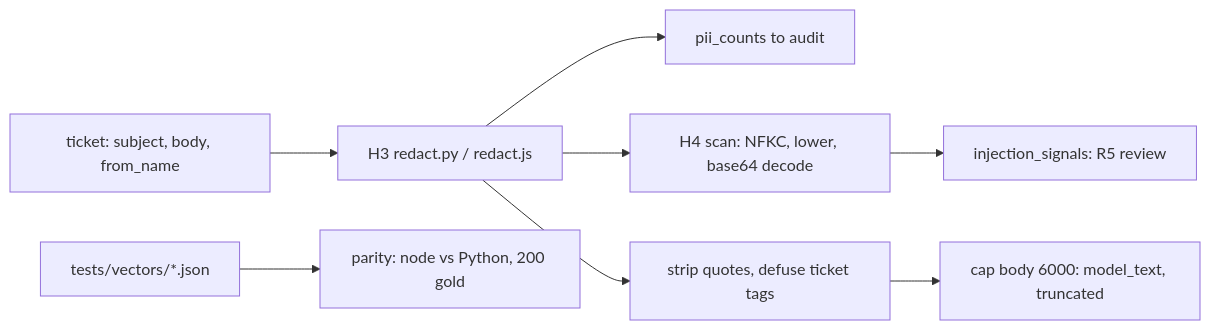
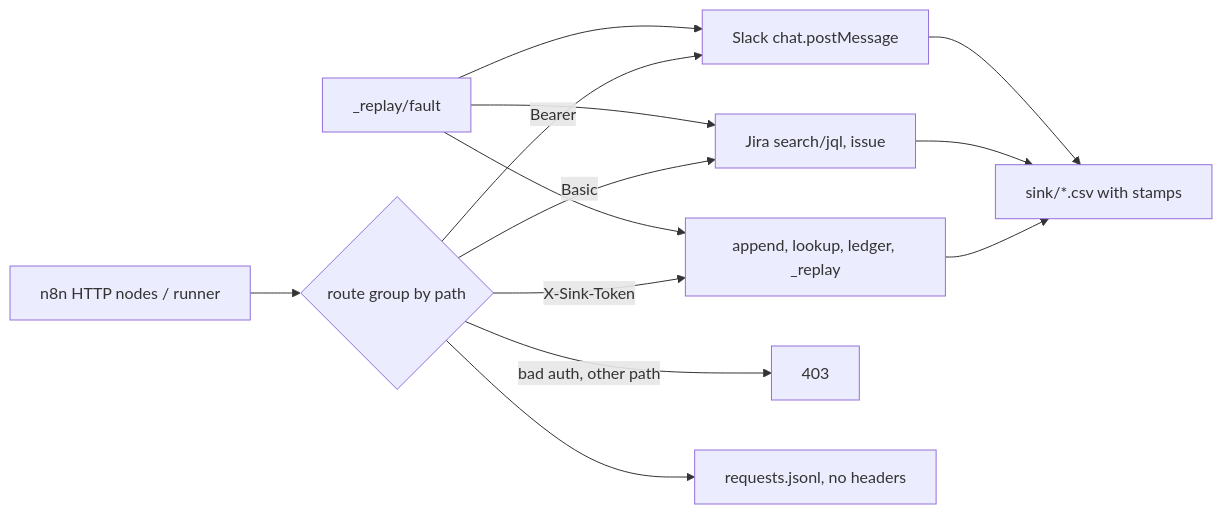
The diagram in .ai/REVIEW.md (beyondalgorithms2026-source/support-triage-n8n), drawn with Mermaid before and after one commit. The commit also changed other lines of this file and 6 other files, not shown here.

First line of the commit message:
T4-05: Sink with Jira and Slack sandbox

````diff
--- a/.ai/REVIEW.md
+++ b/.ai/REVIEW.md
@@ -10,10 +10,15 @@
 ```mermaid
 flowchart LR
-  T["ticket: subject, body, from_name"] --> R["H3 redact.py / redact.js"]
-  R --> C["pii_counts to audit"]
-  R --> S["H4 scan: NFKC, lower, base64 decode"]
-  S --> G["injection_signals: R5 review"]
-  R --> Q["strip quotes, defuse ticket tags"]
-  Q --> M["cap body 6000: model_text, truncated"]
-  V["tests/vectors/*.json"] --> P["parity: node vs Python, 200 gold"]
+  N["n8n HTTP nodes / runner"] --> A{"route group by path"}
+  A -->|"X-Sink-Token"| S["append, lookup, ledger, _replay"]
+  A -->|"Basic"| J["Jira search/jql, issue"]
+  A -->|"Bearer"| K["Slack chat.postMessage"]
+  A -->|"bad auth, other path"| D["403"]
+  F["_replay/fault"] --> J
+  F --> K
+  F --> S
+  S --> C["sink/*.csv with stamps"]
+  J --> C
+  K --> C
+  A --> L["requests.jsonl, no headers"]
 ```
````
